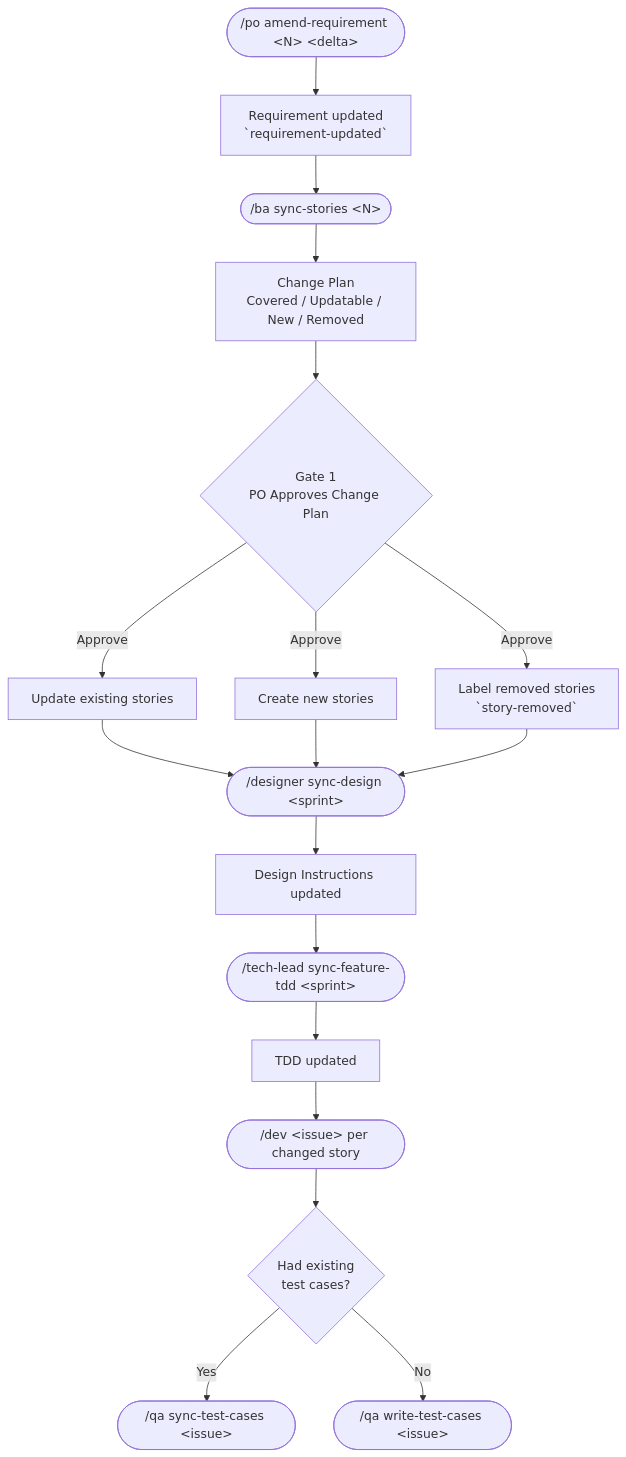
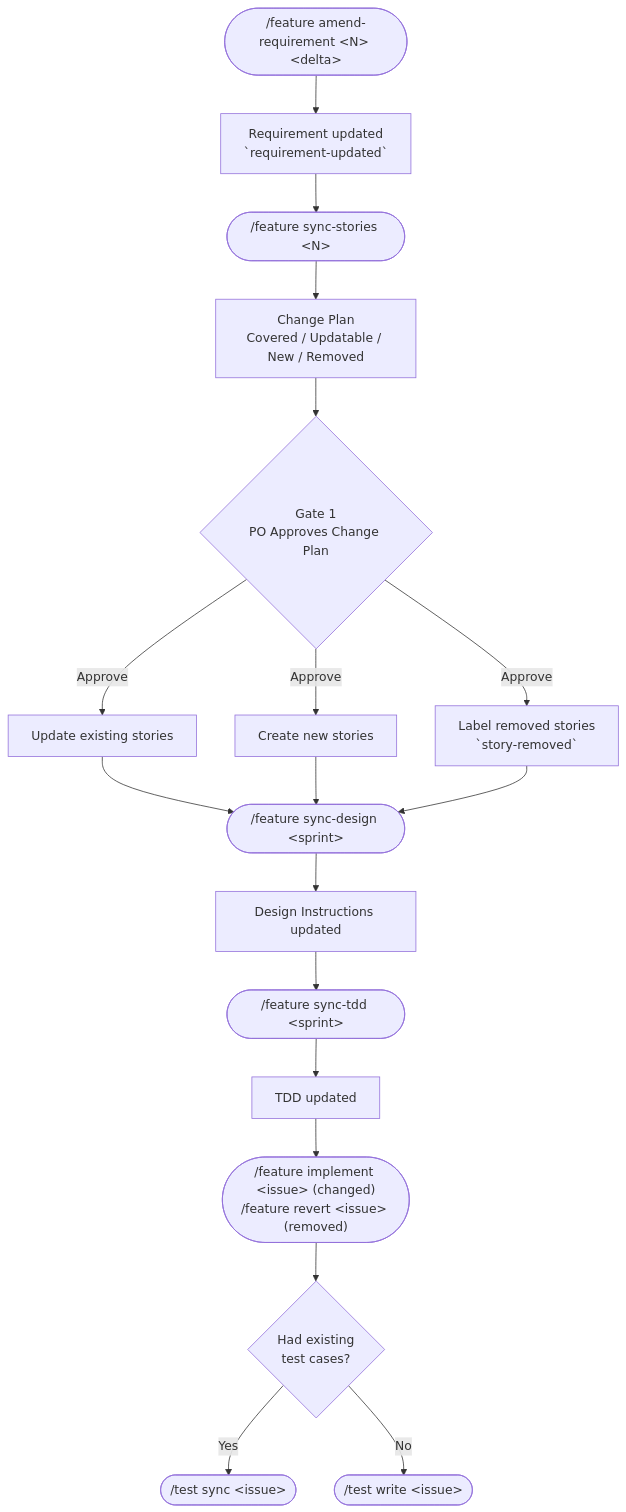
One commit to simpscal/notism changed the fourth of 6 diagrams in README.md. Above: the diagram before and after it, drawn with Mermaid. The commit also changed other lines of this file and 89 other files, not shown here.

````diff
--- a/README.md
+++ b/README.md
@@ -220,18 +237,18 @@
 ```mermaid
 flowchart TD
-    A(["/po amend-requirement &lt;N&gt; &lt;delta&gt;"]) --> B["Requirement updated\n`requirement-updated`"]
-    B --> C(["/ba sync-stories &lt;N&gt;"])
+    A(["/feature amend-requirement &lt;N&gt; &lt;delta&gt;"]) --> B["Requirement updated\n`requirement-updated`"]
+    B --> C(["/feature sync-stories &lt;N&gt;"])
     C --> D["Change Plan\nCovered / Updatable / New / Removed"]
     D --> G1{Gate 1\nPO Approves Change Plan}
     G1 -->|Approve| E1["Update existing stories"]
     G1 -->|Approve| E2["Create new stories"]
     G1 -->|Approve| E3["Label removed stories\n`story-removed`"]
-    E1 & E2 & E3 --> F1(["/designer sync-design &lt;sprint&gt;"])
+    E1 & E2 & E3 --> F1(["/feature sync-design &lt;sprint&gt;"])
     F1 --> F2["Design Instructions updated"]
-    F2 --> F3(["/tech-lead sync-feature-tdd &lt;sprint&gt;"])
+    F2 --> F3(["/feature sync-tdd &lt;sprint&gt;"])
     F3 --> F4["TDD updated"]
-    F4 --> H(["/dev &lt;issue&gt; per changed story"])
+    F4 --> H(["/feature implement &lt;issue&gt; (changed)\n/feature revert &lt;issue&gt; (removed)"])
     H --> QA{Had existing\ntest cases?}
-    QA -->|Yes| QAS(["/qa sync-test-cases &lt;issue&gt;"])
-    QA -->|No| QAW(["/qa write-test-cases &lt;issue&gt;"])
+    QA -->|Yes| QAS(["/test sync &lt;issue&gt;"])
+    QA -->|No| QAW(["/test write &lt;issue&gt;"])
 ```
````
